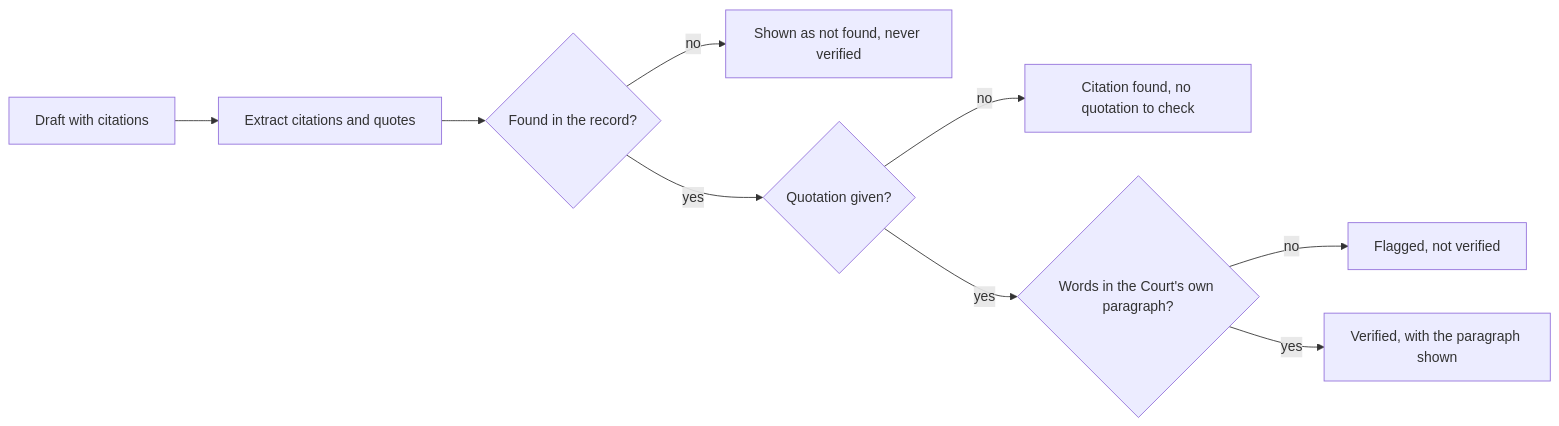
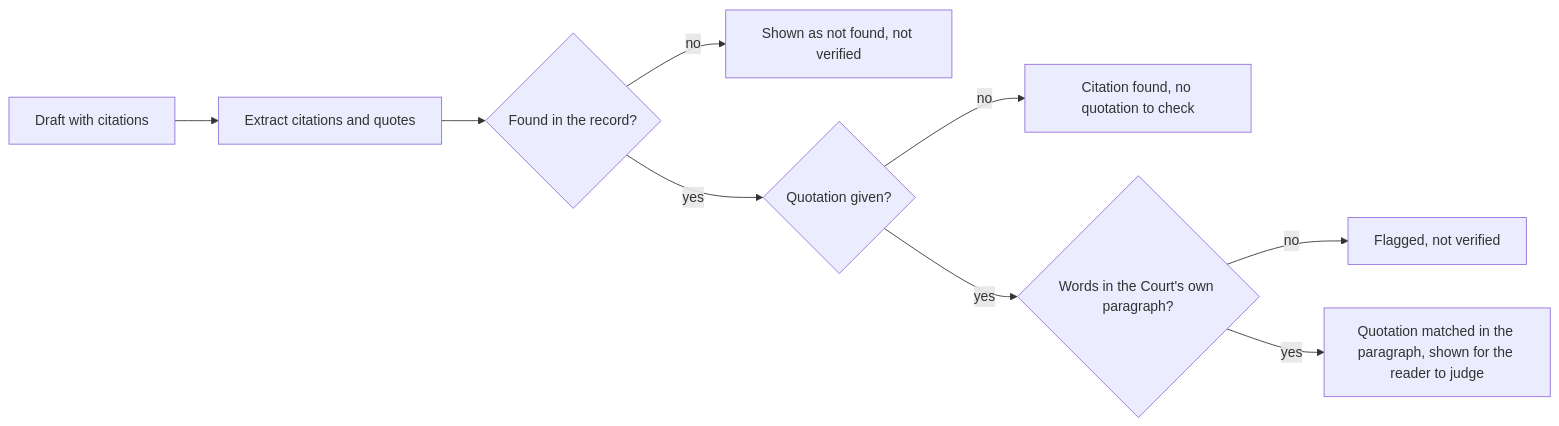
Before and after one commit to RahulModugula/RahulModugula: the diagram in README.md, drawn with Mermaid. The commit also changed other lines of this file and 6 other files, not shown here.

````diff
--- a/README.md
+++ b/README.md
@@ -97,11 +128,11 @@
 ```mermaid
 flowchart LR
     D[Draft with citations] --> X[Extract citations and quotes]
     X --> L{Found in the record?}
-    L -- no --> N[Shown as not found, never verified]
+    L -- no --> N[Shown as not found, not verified]
     L -- yes --> Q{Quotation given?}
     Q -- no --> V1[Citation found, no quotation to check]
     Q -- yes --> P{Words in the Court's own paragraph?}
     P -- no --> U[Flagged, not verified]
-    P -- yes --> V2[Verified, with the paragraph shown]
+    P -- yes --> V2[Quotation matched in the paragraph, shown for the reader to judge]
 ```
````
